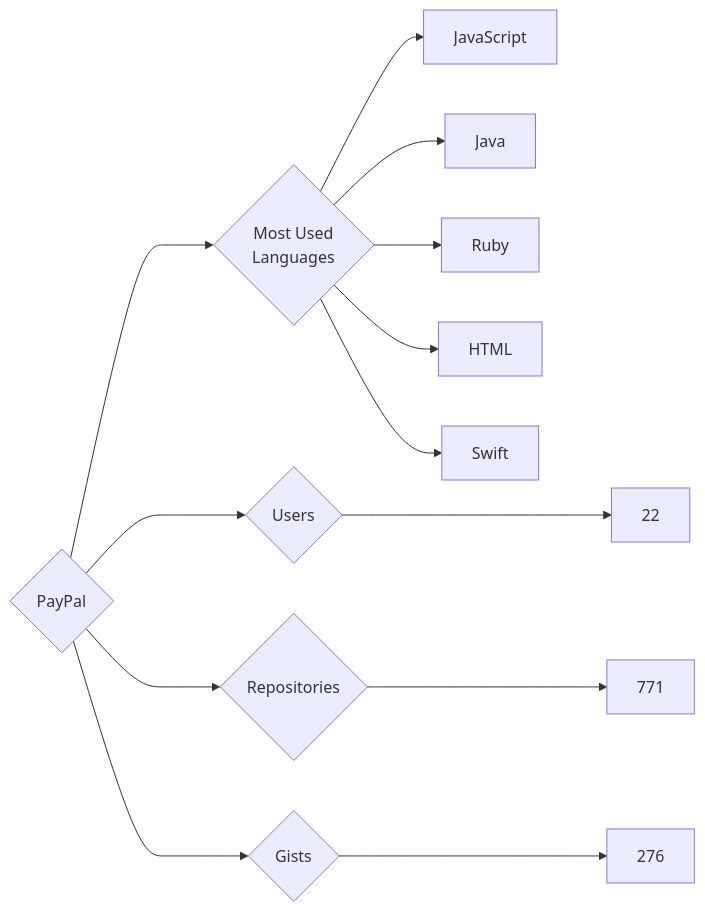
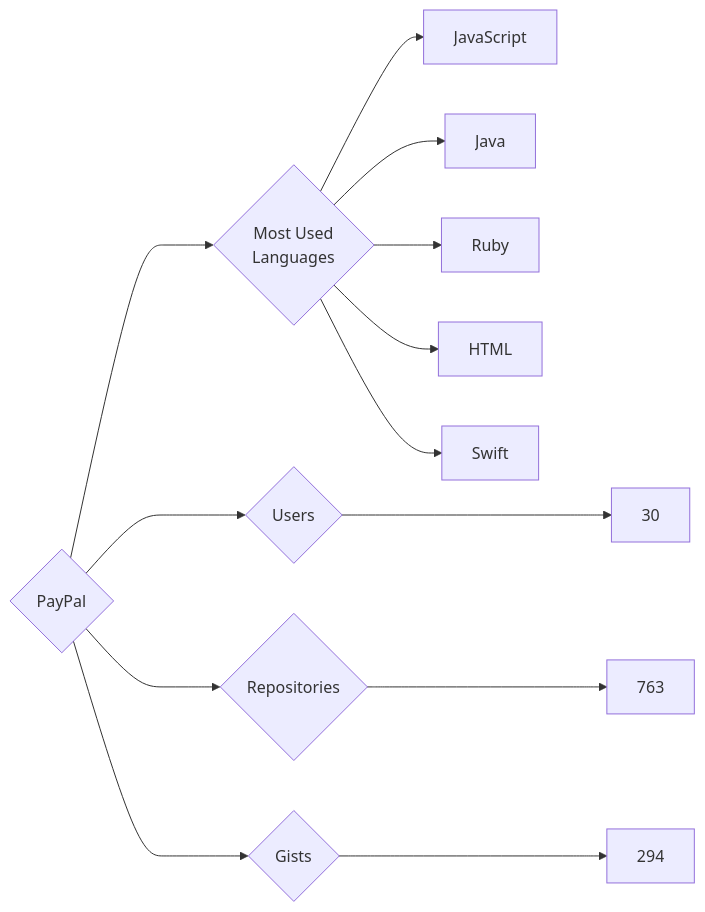
One commit to trickest/insiders changed the diagram in targets/PayPal/README.md. Above: the diagram before and after it, drawn with Mermaid. The commit also changed 1696 other files, not shown here.

````diff
--- a/targets/PayPal/README.md
+++ b/targets/PayPal/README.md
@@ -3,13 +3,13 @@
 ```mermaid
 graph LR
 COMPANY_NAME{PayPal}
-COMPANY_NAME ---> U{Users} ---> UN[22]
-COMPANY_NAME ---> R{Repositories} ---> RN[771]
-COMPANY_NAME ---> G{Gists} ---> GN[276]
+COMPANY_NAME ---> U{Users} ---> UN[30]
+COMPANY_NAME ---> R{Repositories} ---> RN[763]
+COMPANY_NAME ---> G{Gists} ---> GN[294]
 COMPANY_NAME ---> ML{Most Used<br>Languages}
 ML --> JavaScript[JavaScript]
 ML --> Java[Java]
 ML --> Ruby[Ruby]
 ML --> HTML[HTML]
 ML --> Swift[Swift]
 ```
````
